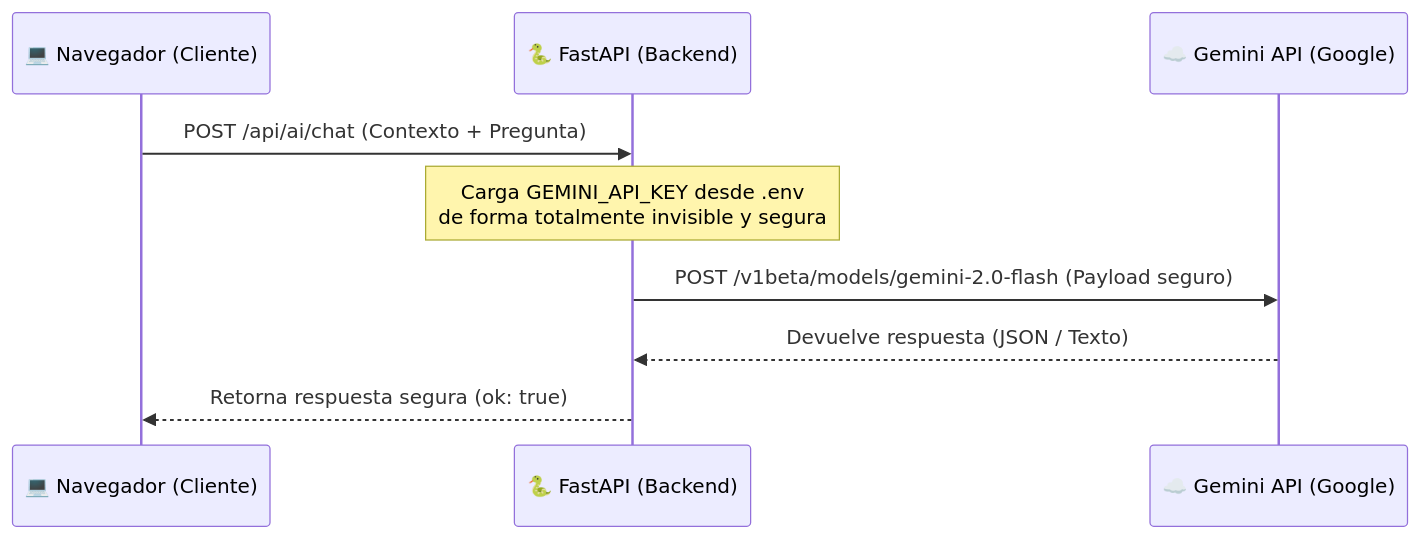
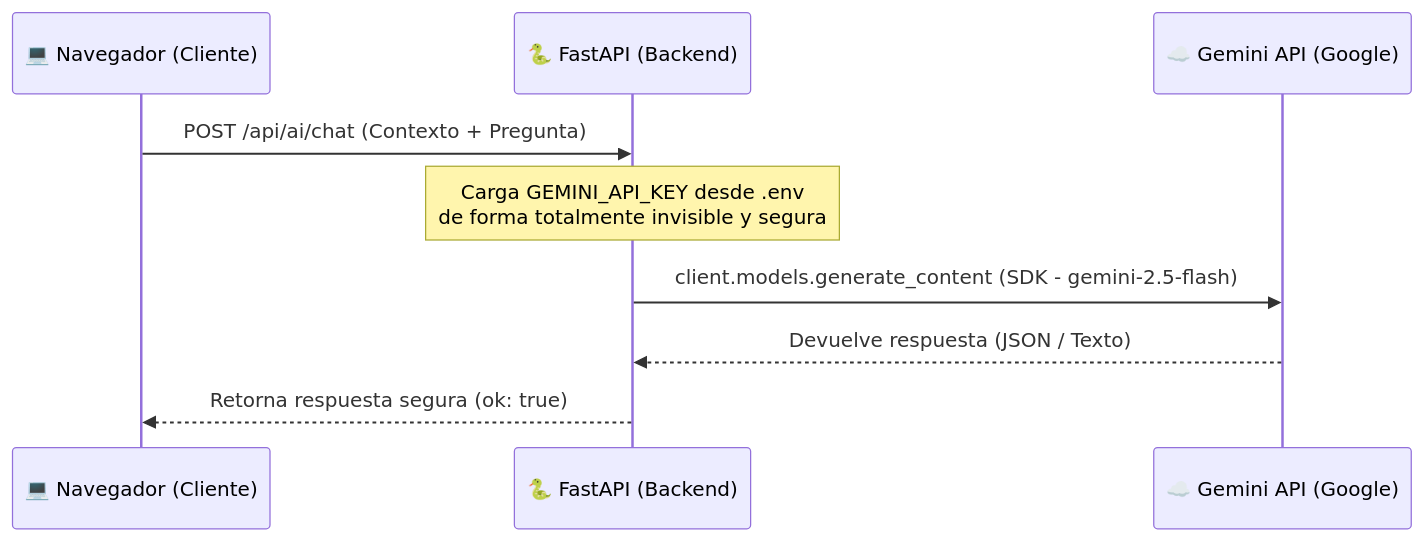
Before and after one commit to carpincho2/Gestor-Finanzas: the diagram in mds/ia_insights_y_seguridad.md, drawn with Mermaid. The commit also changed other lines of this file and 4 other files, not shown here.

````diff
--- a/mds/ia_insights_y_seguridad.md
+++ b/mds/ia_insights_y_seguridad.md
@@ -18,12 +18,12 @@
 ```mermaid
 sequenceDiagram
     participant Usuario as 💻 Navegador (Cliente)
     participant Servidor as 🐍 FastAPI (Backend)
     participant Gemini as ☁️ Gemini API (Google)
     
     Usuario->>Servidor: POST /api/ai/chat (Contexto + Pregunta)
     Note over Servidor: Carga GEMINI_API_KEY desde .env<br/>de forma totalmente invisible y segura
-    Servidor->>Gemini: POST /v1beta/models/gemini-2.0-flash (Payload seguro)
+    Servidor->>Gemini: client.models.generate_content (SDK - gemini-2.5-flash)
     Gemini-->>Servidor: Devuelve respuesta (JSON / Texto)
     Servidor-->>Usuario: Retorna respuesta segura (ok: true)
 ```
````
